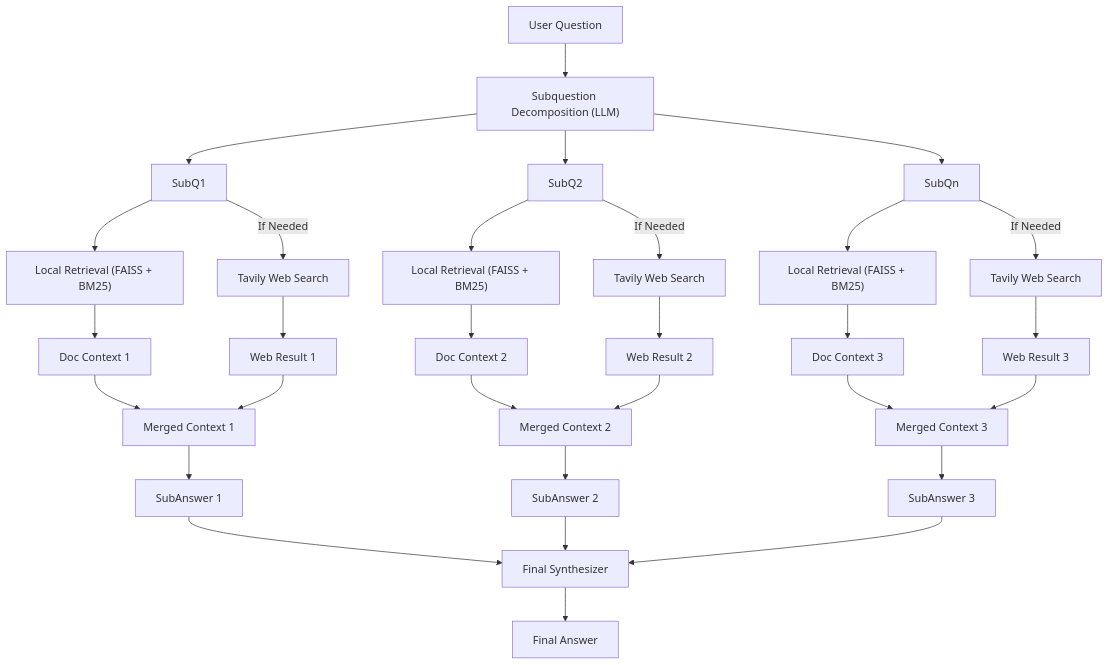
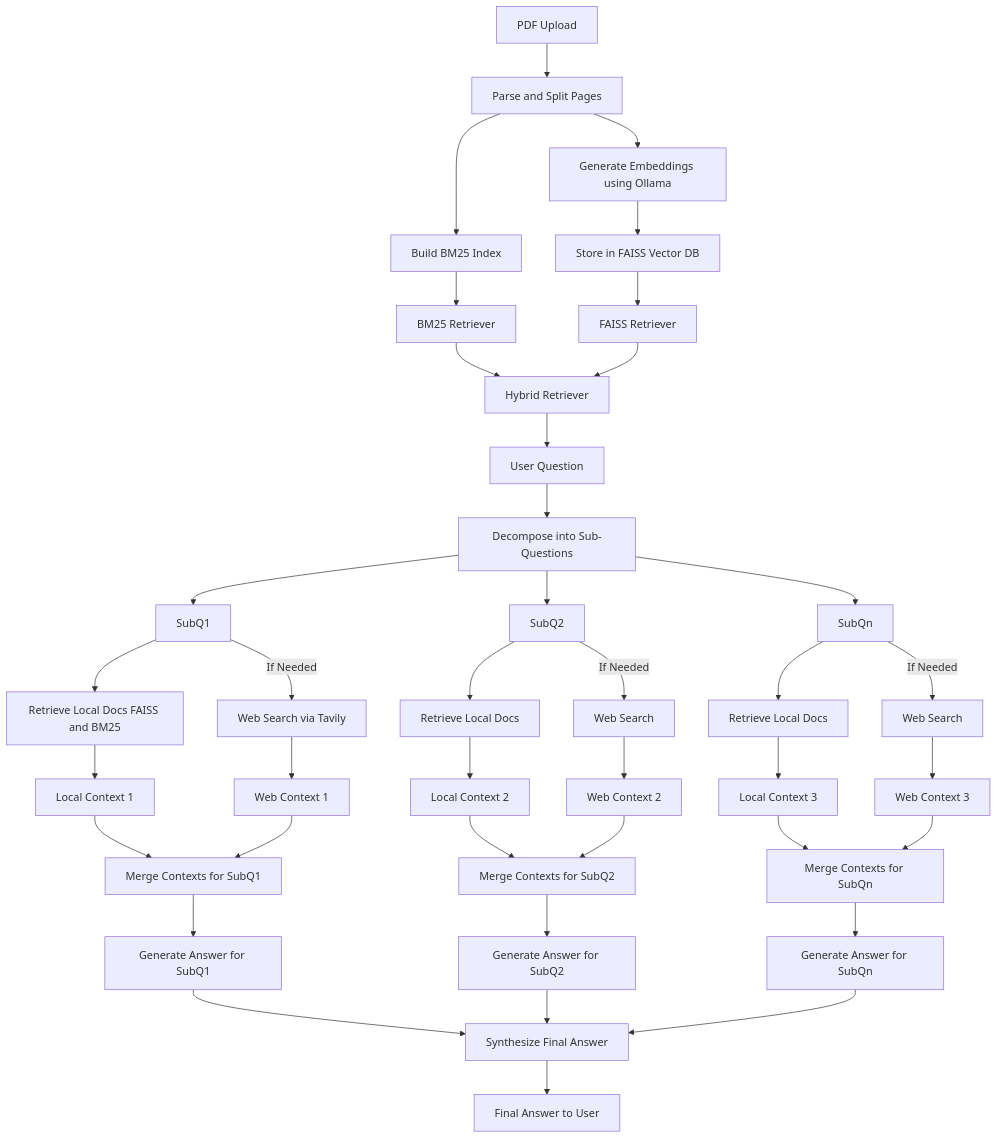
One commit to MetalCloth/Deep-Research-Agent changed the diagram in README.md. Above: the diagram before and after it, drawn with Mermaid.

````diff
--- a/README.md
+++ b/README.md
@@ -16,41 +16,53 @@
 ```mermaid
 graph TD
-    A["User Question"] --> B["Subquestion Decomposition (LLM)"]
+    %% Ingestion Pipeline
+    A1[PDF Upload] --> A2[Parse and Split Pages]
+    A2 --> A3[Generate Embeddings using Ollama]
+    A2 --> A4[Build BM25 Index]
+    A3 --> A5[Store in FAISS Vector DB]
+    A4 --> A6[BM25 Retriever]
+    A5 --> A7[FAISS Retriever]
+    A6 --> A8[Hybrid Retriever]
+    A7 --> A8
 
-    B --> C1["SubQ1"]
-    B --> C2["SubQ2"]
-    B --> C3["SubQn"]
+    %% Question Handling
+    A8 --> B1[User Question]
+    B1 --> B2[Decompose into Sub-Questions]
 
-    %% SubQ1 Path
-    C1 --> D1["Local Retrieval (FAISS + BM25)"]
-    D1 --> R1["Doc Context 1"]
-    C1 -->|If Needed| W1["Tavily Web Search"]
-    W1 --> T1["Web Result 1"]
-    R1 --> M1["Merged Context 1"]
-    T1 --> M1
-    M1 --> S1["SubAnswer 1"]
+    %% Sub-Question 1
+    B2 --> C1[SubQ1]
+    C1 --> D1[Retrieve Local Docs FAISS and BM25]
+    D1 --> E1[Local Context 1]
+    C1 -->|If Needed| F1[Web Search via Tavily]
+    F1 --> G1[Web Context 1]
+    E1 --> H1[Merge Contexts for SubQ1]
+    G1 --> H1
+    H1 --> I1[Generate Answer for SubQ1]
 
-    %% SubQ2 Path
-    C2 --> D2["Local Retrieval (FAISS + BM25)"]
-    D2 --> R2["Doc Context 2"]
-    C2 -->|If Needed| W2["Tavily Web Search"]
-    W2 --> T2["Web Result 2"]
-    R2 --> M2["Merged Context 2"]
-    T2 --> M2
-    M2 --> S2["SubAnswer 2"]
+    %% Sub-Question 2
+    B2 --> C2[SubQ2]
+    C2 --> D2[Retrieve Local Docs]
+    D2 --> E2[Local Context 2]
+    C2 -->|If Needed| F2[Web Search]
+    F2 --> G2[Web Context 2]
+    E2 --> H2[Merge Contexts for SubQ2]
+    G2 --> H2
+    H2 --> I2[Generate Answer for SubQ2]
 
-    %% SubQn Path
-    C3 --> D3["Local Retrieval (FAISS + BM25)"]
-    D3 --> R3["Doc Context 3"]
-    C3 -->|If Needed| W3["Tavily Web Search"]
-    W3 --> T3["Web Result 3"]
-    R3 --> M3["Merged Context 3"]
-    T3 --> M3
-    M3 --> S3["SubAnswer 3"]
+    %% Sub-Question N
+    B2 --> C3[SubQn]
+    C3 --> D3[Retrieve Local Docs]
+    D3 --> E3[Local Context 3]
+    C3 -->|If Needed| F3[Web Search]
+    F3 --> G3[Web Context 3]
+    E3 --> H3[Merge Contexts for SubQn]
+    G3 --> H3
+    H3 --> I3[Generate Answer for SubQn]
 
     %% Final Synthesis
-    S1 --> F["Final Synthesizer"]
-    S2 --> F
-    S3 --> F
-    F --> Z["Final Answer"]
+    I1 --> Z1[Synthesize Final Answer]
+    I2 --> Z1
+    I3 --> Z1
+    Z1 --> Z2[Final Answer to User]
+
 ```
````
